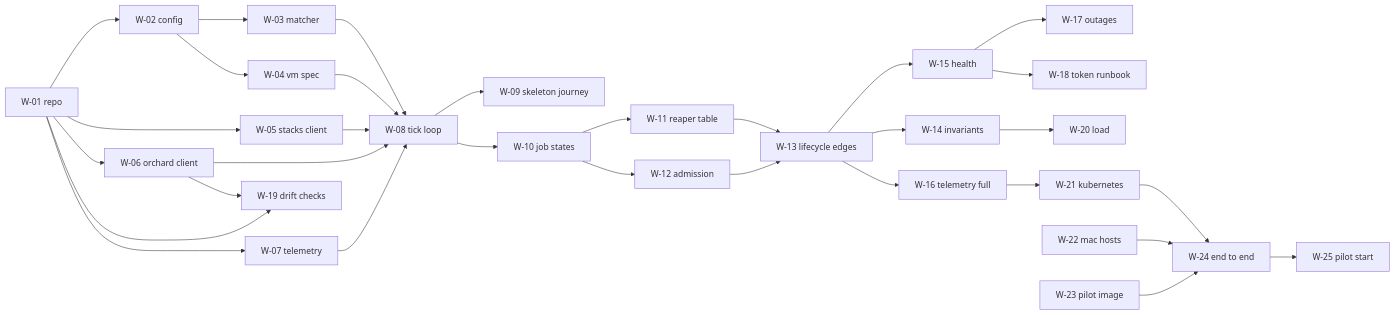
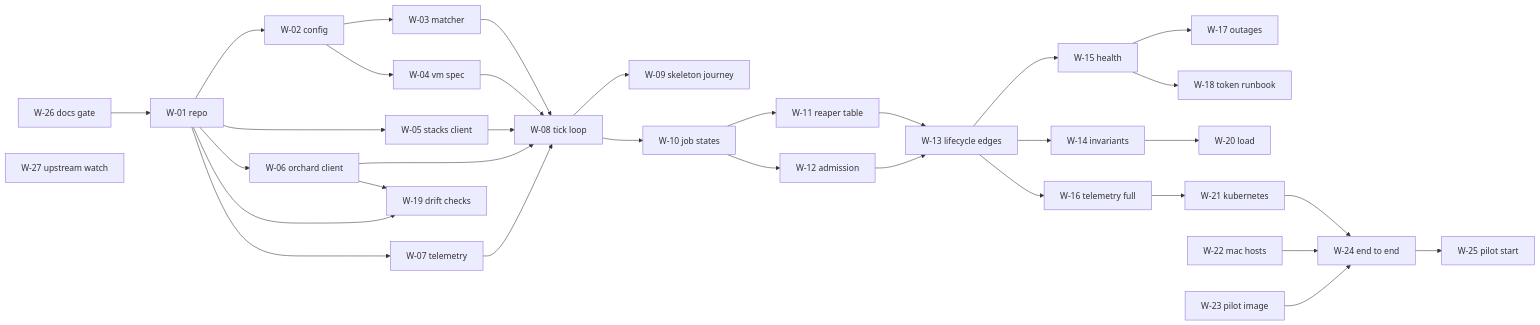
One commit to joshwrightcodes/bk-agent-stack-orchard changed the diagram in docs/delivery/implementation-plan.md. Above: the diagram before and after it, drawn with Mermaid. The commit also changed other lines of this file and 1 other file, not shown here.

````diff
--- a/docs/delivery/implementation-plan.md
+++ b/docs/delivery/implementation-plan.md
@@ -175,33 +187,35 @@
 ```mermaid
 flowchart LR
-    W01[W-01 repo] --> W02[W-02 config]
+    W26[W-26 docs gate] --> W01[W-01 repo]
+    W27[W-27 upstream watch]
+    W01 --> W02[W-02 config]
     W01 --> W05[W-05 stacks client]
     W01 --> W06[W-06 orchard client]
     W01 --> W07[W-07 telemetry]
     W02 --> W03[W-03 matcher]
     W02 --> W04[W-04 vm spec]
     W03 --> W08[W-08 tick loop]
     W04 --> W08
     W05 --> W08
     W06 --> W08
     W07 --> W08
     W08 --> W09[W-09 skeleton journey]
     W08 --> W10[W-10 job states]
     W10 --> W11[W-11 reaper table]
     W10 --> W12[W-12 admission]
     W11 --> W13[W-13 lifecycle edges]
     W12 --> W13
     W13 --> W14[W-14 invariants]
     W13 --> W15[W-15 health]
     W13 --> W16[W-16 telemetry full]
     W15 --> W17[W-17 outages]
     W15 --> W18[W-18 token runbook]
     W14 --> W20[W-20 load]
     W06 --> W19[W-19 drift checks]
     W01 --> W19
     W16 --> W21[W-21 kubernetes]
     W21 --> W24[W-24 end to end]
     W22[W-22 mac hosts] --> W24
     W23[W-23 pilot image] --> W24
     W24 --> W25[W-25 pilot start]
 ```
````
